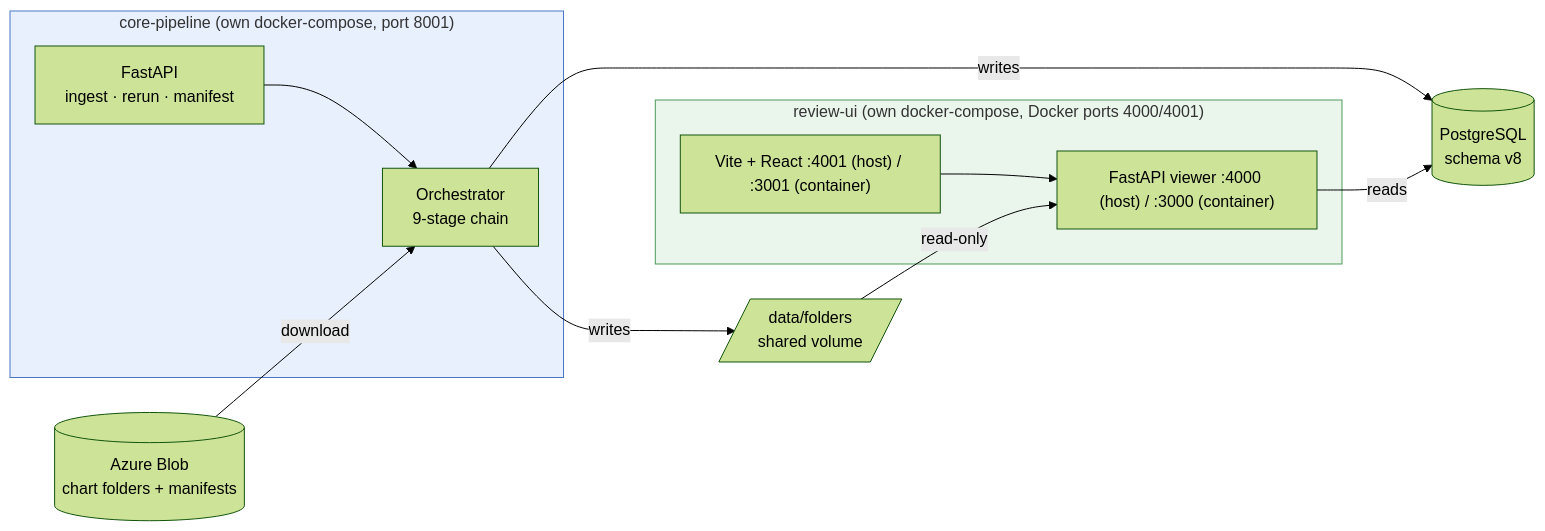
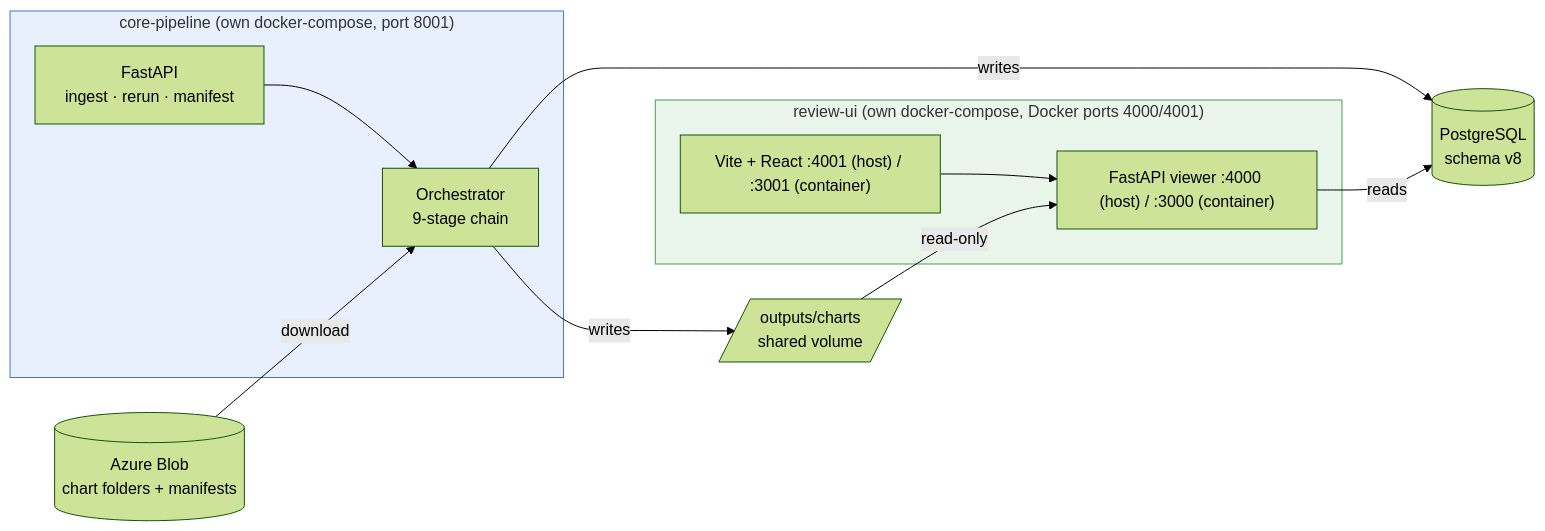
One commit to abhinavdg-ever/model-repo changed the first of 7 diagrams in docs/FLOW.md. Above: the diagram before and after it, drawn with Mermaid (forest theme). The commit also changed other lines of this file and 46 other files, not shown here.

````diff
--- a/docs/FLOW.md
+++ b/docs/FLOW.md
@@ -10,27 +10,27 @@
 ```mermaid
 flowchart LR
   subgraph CP["core-pipeline (own docker-compose, port 8001)"]
     API["FastAPI<br/>ingest · rerun · manifest"]
     ORCH["Orchestrator<br/>9-stage chain"]
     API --> ORCH
   end
 
   subgraph RU["review-ui (own docker-compose, Docker ports 4000/4001)"]
     RAPI["FastAPI viewer :4000 (host) / :3000 (container)"]
     WEB["Vite + React :4001 (host) / :3001 (container)"]
     WEB --> RAPI
   end
 
   BLOB[("Azure Blob<br/>chart folders + manifests")]
   PG[("PostgreSQL<br/>schema v8")]
-  VOL[/"data/folders<br/>shared volume"/]
+  VOL[/"outputs/charts<br/>shared volume"/]
 
   BLOB -- "download" --> ORCH
   ORCH -- "writes" --> PG
   ORCH -- "writes" --> VOL
   RAPI -- "reads" --> PG
   VOL -- "read-only" --> RAPI
 
   style CP fill:#e8f0fe,stroke:#4a76c7
   style RU fill:#eaf6ec,stroke:#4c9a5b
 ```
````
